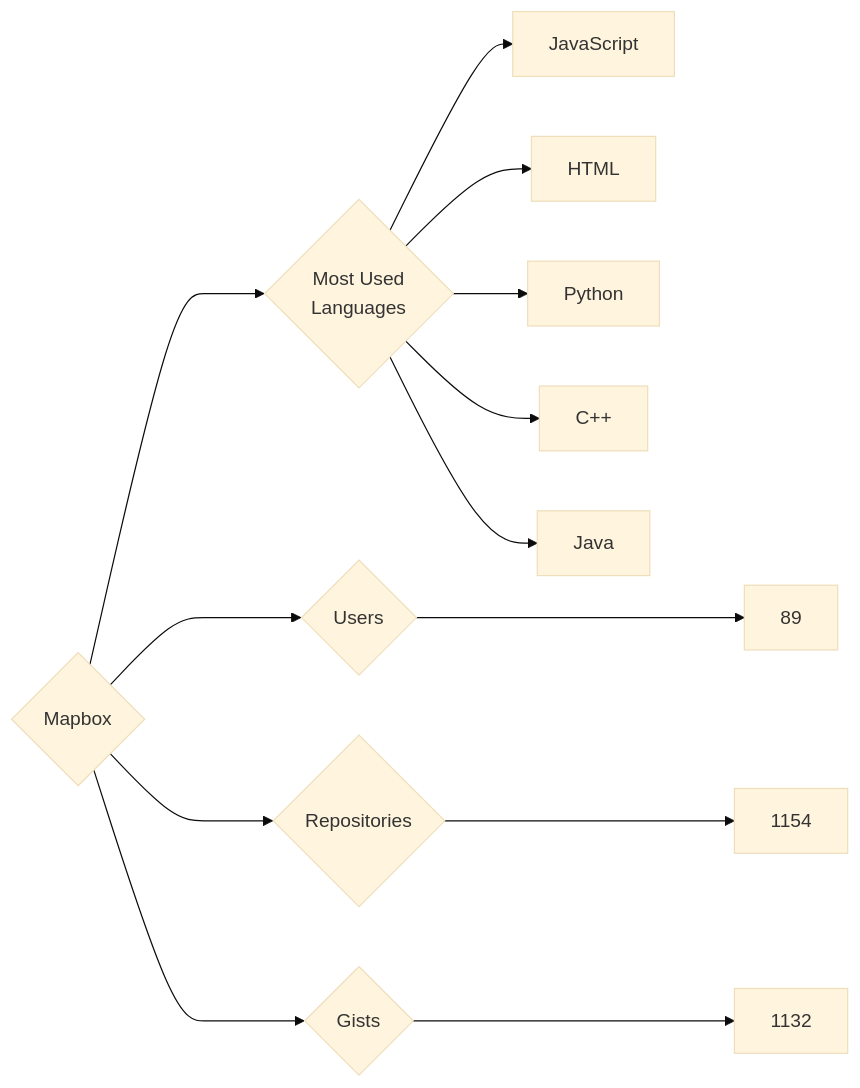
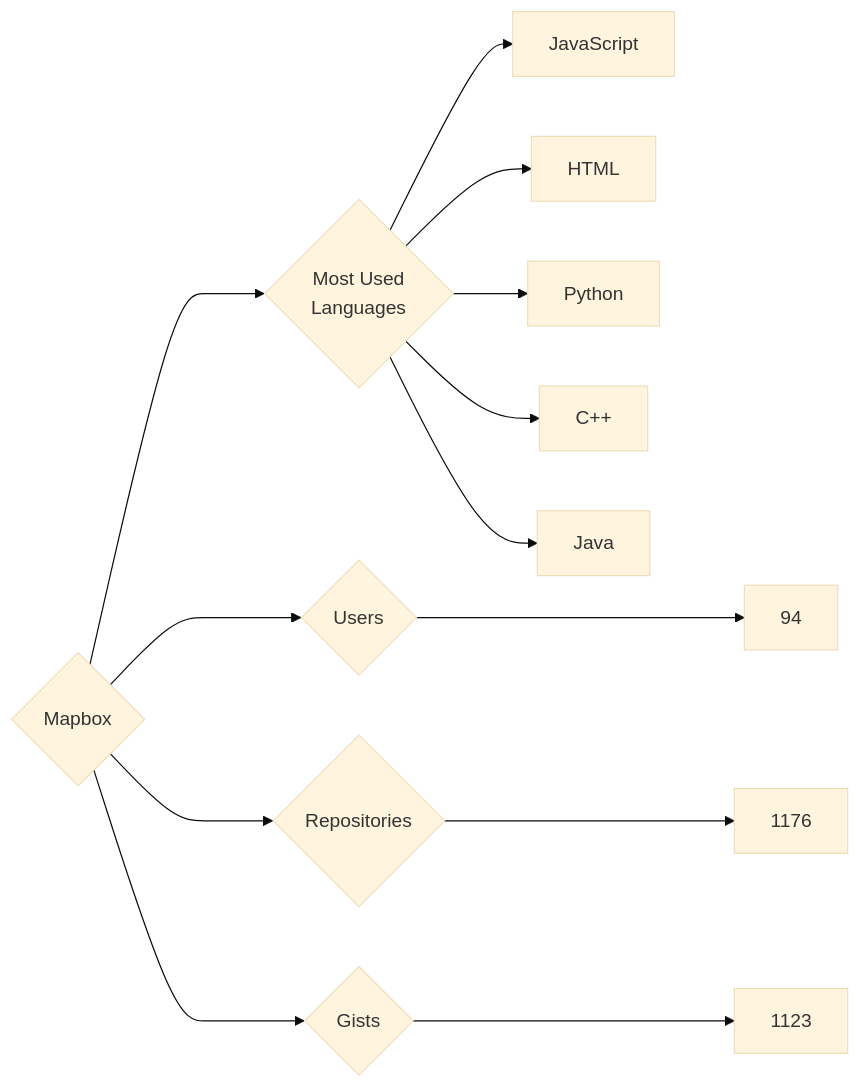
One commit to trickest/insiders changed the diagram in targets/Mapbox/README.md. Above: the diagram before and after it, drawn with Mermaid (base theme). The commit also changed 444 other files, not shown here.

````diff
--- a/targets/Mapbox/README.md
+++ b/targets/Mapbox/README.md
@@ -3,13 +3,13 @@
 ```mermaid
 graph LR
 COMPANY_NAME{Mapbox}
-COMPANY_NAME ---> U{Users} ---> UN[89]
-COMPANY_NAME ---> R{Repositories} ---> RN[1154]
-COMPANY_NAME ---> G{Gists} ---> GN[1132]
+COMPANY_NAME ---> U{Users} ---> UN[94]
+COMPANY_NAME ---> R{Repositories} ---> RN[1176]
+COMPANY_NAME ---> G{Gists} ---> GN[1123]
 COMPANY_NAME ---> ML{Most Used<br>Languages}
 ML --> JavaScript[JavaScript]
 ML --> HTML[HTML]
 ML --> Python[Python]
 ML --> C++[C++]
 ML --> Java[Java]
 ```
````
